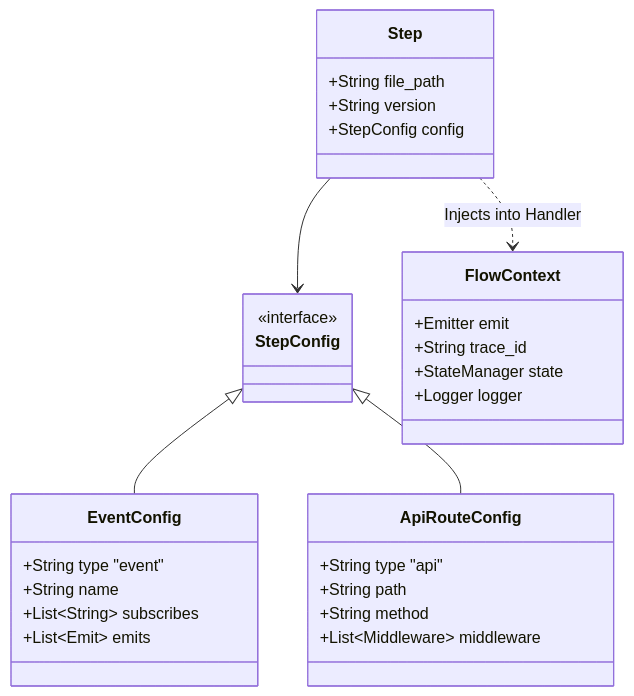
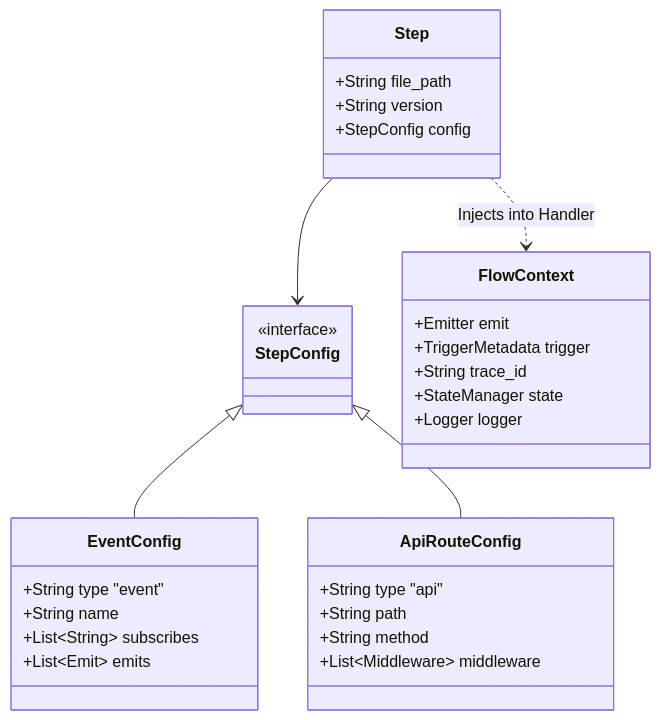
One commit to iii-hq/docs changed the sixth of 7 diagrams in content/docs/advanced/sdk-implementation.mdx. Above: the diagram before and after it, drawn with Mermaid. The commit also changed other lines of this file and 1 other file, not shown here.

Commit message:
Enhance SDK documentation with multi-trigger architecture and condition evaluation details

````diff
--- a/content/docs/advanced/sdk-implementation.mdx
+++ b/content/docs/advanced/sdk-implementation.mdx
@@ -160,38 +305,39 @@
 ```mermaid
 classDiagram
     class Step {
         +String file_path
         +String version
         +StepConfig config
     }
 
     class StepConfig {
         <<interface>>
     }
 
     class EventConfig {
         +String type "event"
         +String name
         +List~String~ subscribes
         +List~Emit~ emits
     }
 
     class ApiRouteConfig {
         +String type "api"
         +String path
         +String method
         +List~Middleware~ middleware
     }
 
     class FlowContext {
         +Emitter emit
+        +TriggerMetadata trigger
         +String trace_id
         +StateManager state
         +Logger logger
     }
 
     Step --> StepConfig
     StepConfig <|-- EventConfig
     StepConfig <|-- ApiRouteConfig
     Step ..> FlowContext : Injects into Handler
 ```
````
